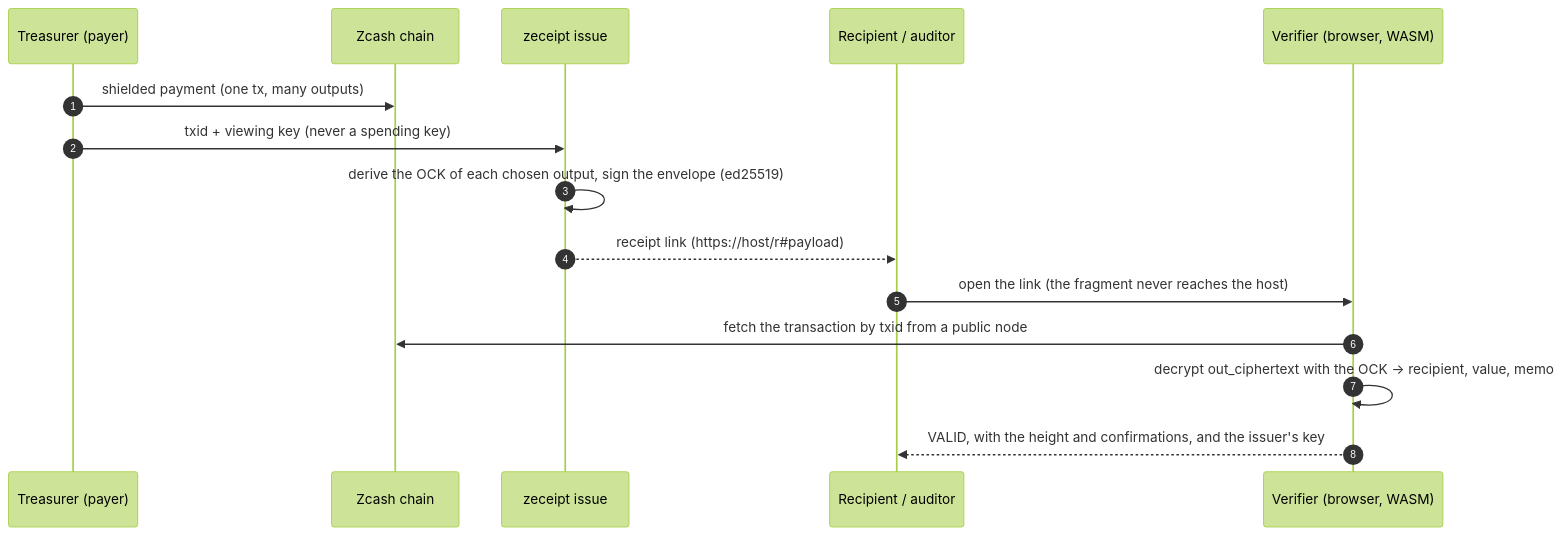
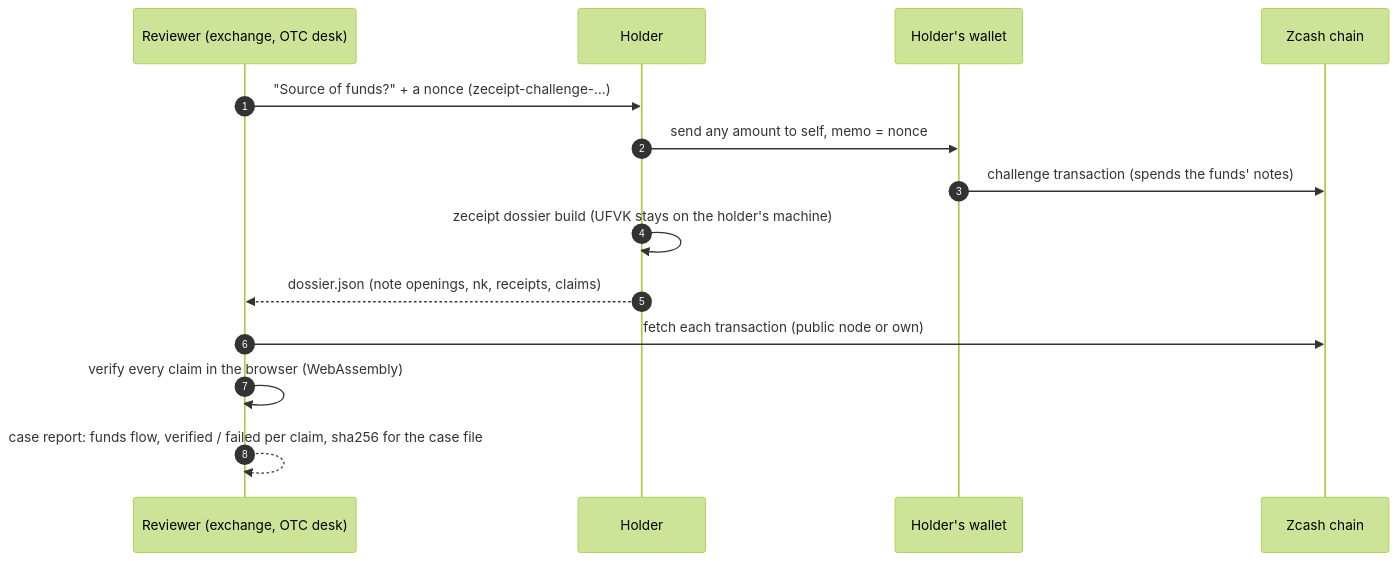
The first of 2 diagrams in README.md (beautifulrem/zeceipt), drawn with Mermaid (forest theme) before and after one commit. The commit also changed other lines of this file and 50 other files, not shown here.

````diff
--- a/README.md
+++ b/README.md
@@ -61,17 +72,16 @@
 ```mermaid
 sequenceDiagram
     autonumber
-    participant T as Treasurer (payer)
+    participant R as Reviewer (exchange, OTC desk)
+    participant H as Holder
+    participant W as Holder's wallet
     participant Z as Zcash chain
-    participant I as zeceipt issue
-    participant R as Recipient / auditor
-    participant V as Verifier (browser, WASM)
-    T->>Z: shielded payment (one tx, many outputs)
-    T->>I: txid + viewing key (never a spending key)
-    I->>I: derive the OCK of each chosen output, sign the envelope (ed25519)
-    I-->>R: receipt link (https://host/r#35;payload)
-    R->>V: open the link (the fragment never reaches the host)
-    V->>Z: fetch the transaction by txid from a public node
-    V->>V: decrypt out_ciphertext with the OCK → recipient, value, memo
-    V-->>R: VALID, with the height and confirmations, and the issuer's key
+    R->>H: "Source of funds?" + a nonce (zeceipt-challenge-…)
+    H->>W: send any amount to self, memo = nonce
+    W->>Z: challenge transaction (spends the funds' notes)
+    H->>H: zeceipt dossier build (UFVK stays on the holder's machine)
+    H-->>R: dossier.json (note openings, nk, receipts, claims)
+    R->>Z: fetch each transaction (public node or own)
+    R->>R: verify every claim in the browser (WebAssembly)
+    R-->>R: case report: funds flow, verified / failed per claim, sha256 for the case file
 ```
````
